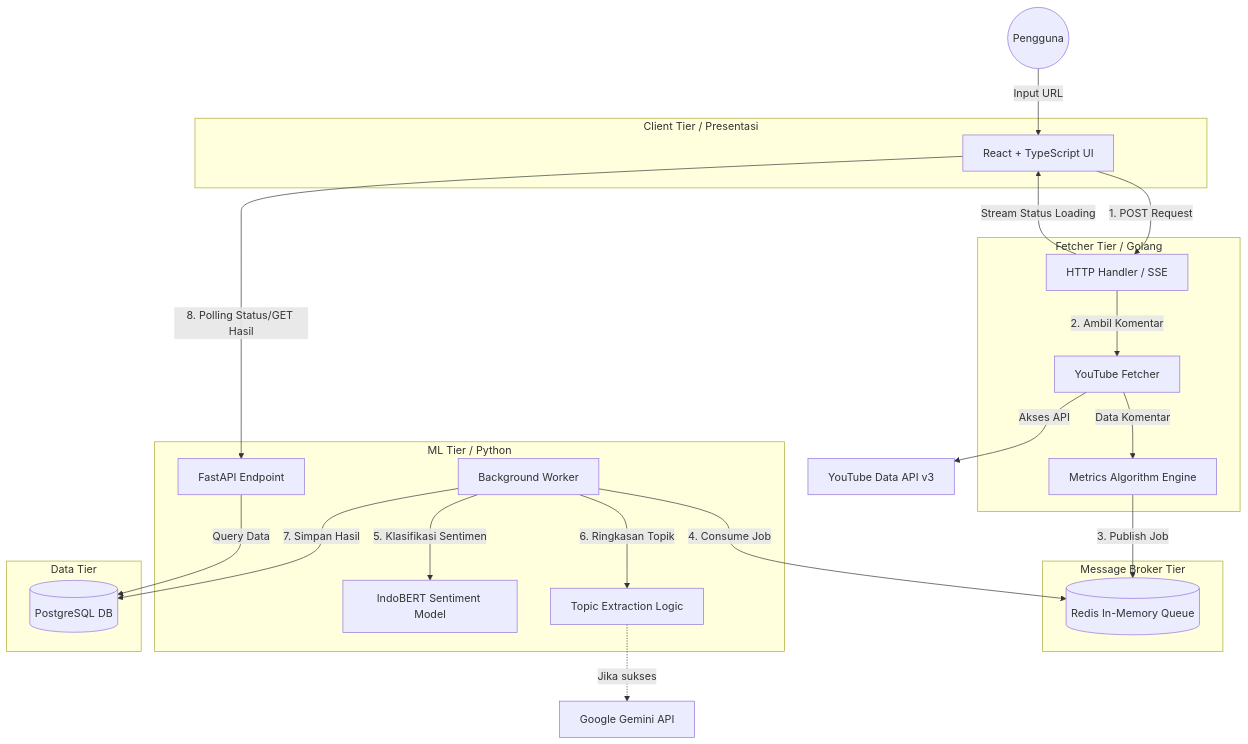
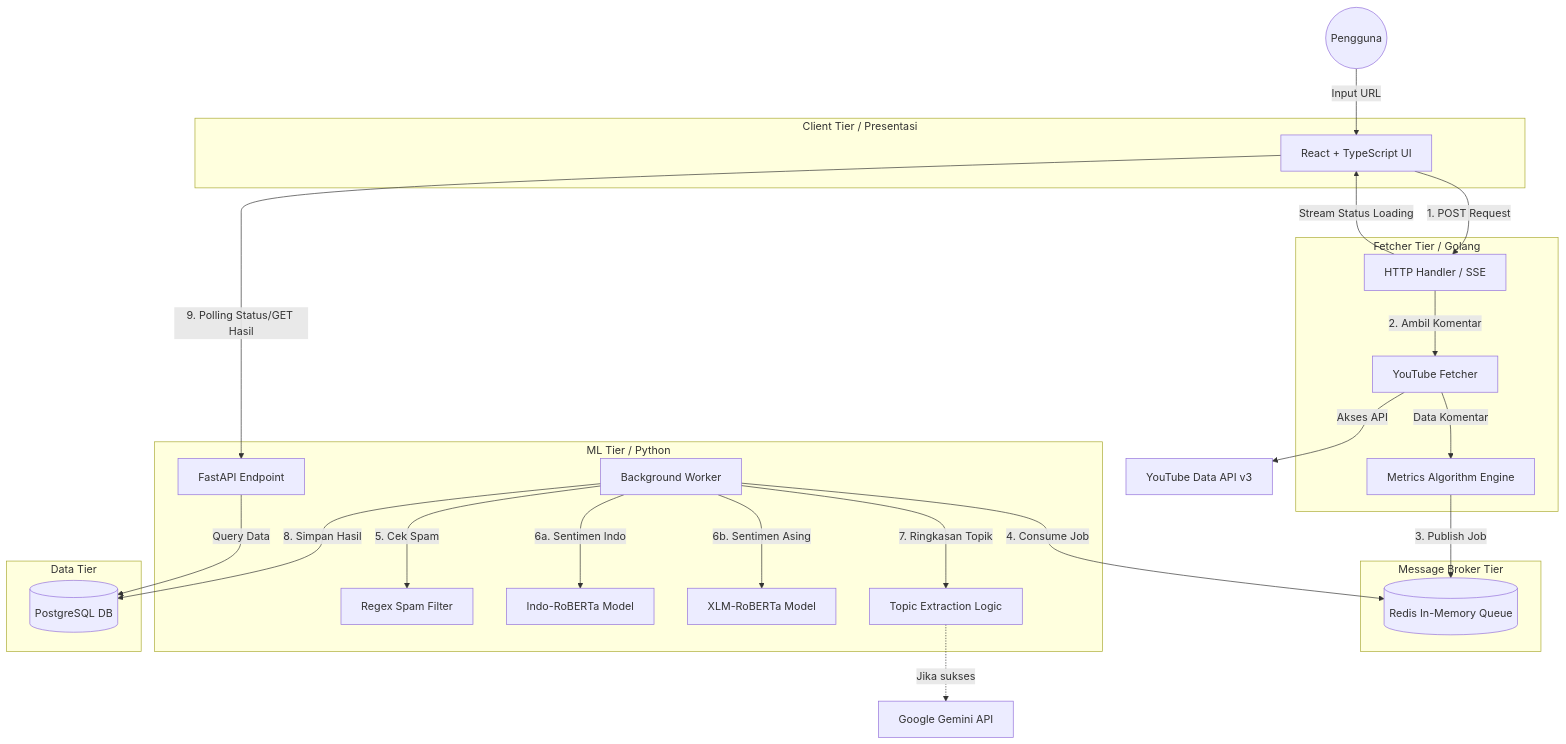
One commit to DaffMe/NeuroTube changed the diagram in SYSTEM_DESIGN_NEUROTUBE.md. Above: the diagram before and after it, drawn with Mermaid. The commit also changed 9 other files, not shown here.

````diff
--- a/SYSTEM_DESIGN_NEUROTUBE.md
+++ b/SYSTEM_DESIGN_NEUROTUBE.md
@@ -9,56 +9,60 @@
 ```mermaid
 flowchart TD
     %% Entitas Eksternal
     User((Pengguna))
     YT_API[YouTube Data API v3]
     Gemini_API[Google Gemini API]
 
     %% Frontend
     subgraph Frontend [Client Tier / Presentasi]
         ReactUI[React + TypeScript UI]
     end
 
     %% Backend Golang (API & Fetcher)
     subgraph GoBackend [Fetcher Tier / Golang]
         HTTP_Handler[HTTP Handler / SSE]
         YT_Fetcher[YouTube Fetcher]
         Metrics_Logic[Metrics Algorithm Engine]
     end
 
     %% Message Broker
     subgraph Queue [Message Broker Tier]
         Redis[(Redis In-Memory Queue)]
     end
 
     %% Backend Python (AI & NLP)
     subgraph PyBackend [ML Tier / Python]
         Py_API[FastAPI Endpoint]
         Worker[Background Worker]
-        NLP_Model[IndoBERT Sentiment Model]
+        Spam_Filter[Regex Spam Filter]
+        NLP_Indo[Indo-RoBERTa Model]
+        NLP_Multi[XLM-RoBERTa Model]
         Topic_Model[Topic Extraction Logic]
     end
 
     %% Database
     subgraph DB [Data Tier]
         PostgreSQL[(PostgreSQL DB)]
     end
 
     %% Alur Data
     User -- "Input URL" --> ReactUI
     ReactUI -- "1. POST Request" --> HTTP_Handler
     HTTP_Handler -- "2. Ambil Komentar" --> YT_Fetcher
     YT_Fetcher -- "Akses API" --> YT_API
     YT_Fetcher -- "Data Komentar" --> Metrics_Logic
     Metrics_Logic -- "3. Publish Job" --> Redis
     
     Worker -- "4. Consume Job" --> Redis
-    Worker -- "5. Klasifikasi Sentimen" --> NLP_Model
-    Worker -- "6. Ringkasan Topik" --> Topic_Model
+    Worker -- "5. Cek Spam" --> Spam_Filter
+    Worker -- "6a. Sentimen Indo" --> NLP_Indo
+    Worker -- "6b. Sentimen Asing" --> NLP_Multi
+    Worker -- "7. Ringkasan Topik" --> Topic_Model
     Topic_Model -. "Jika sukses" .-> Gemini_API
     
-    Worker -- "7. Simpan Hasil" --> PostgreSQL
+    Worker -- "8. Simpan Hasil" --> PostgreSQL
     
-    ReactUI -- "8. Polling Status/GET Hasil" --> Py_API
+    ReactUI -- "9. Polling Status/GET Hasil" --> Py_API
     Py_API -- "Query Data" --> PostgreSQL
     HTTP_Handler -- "Stream Status Loading" --> ReactUI
 ```
````
